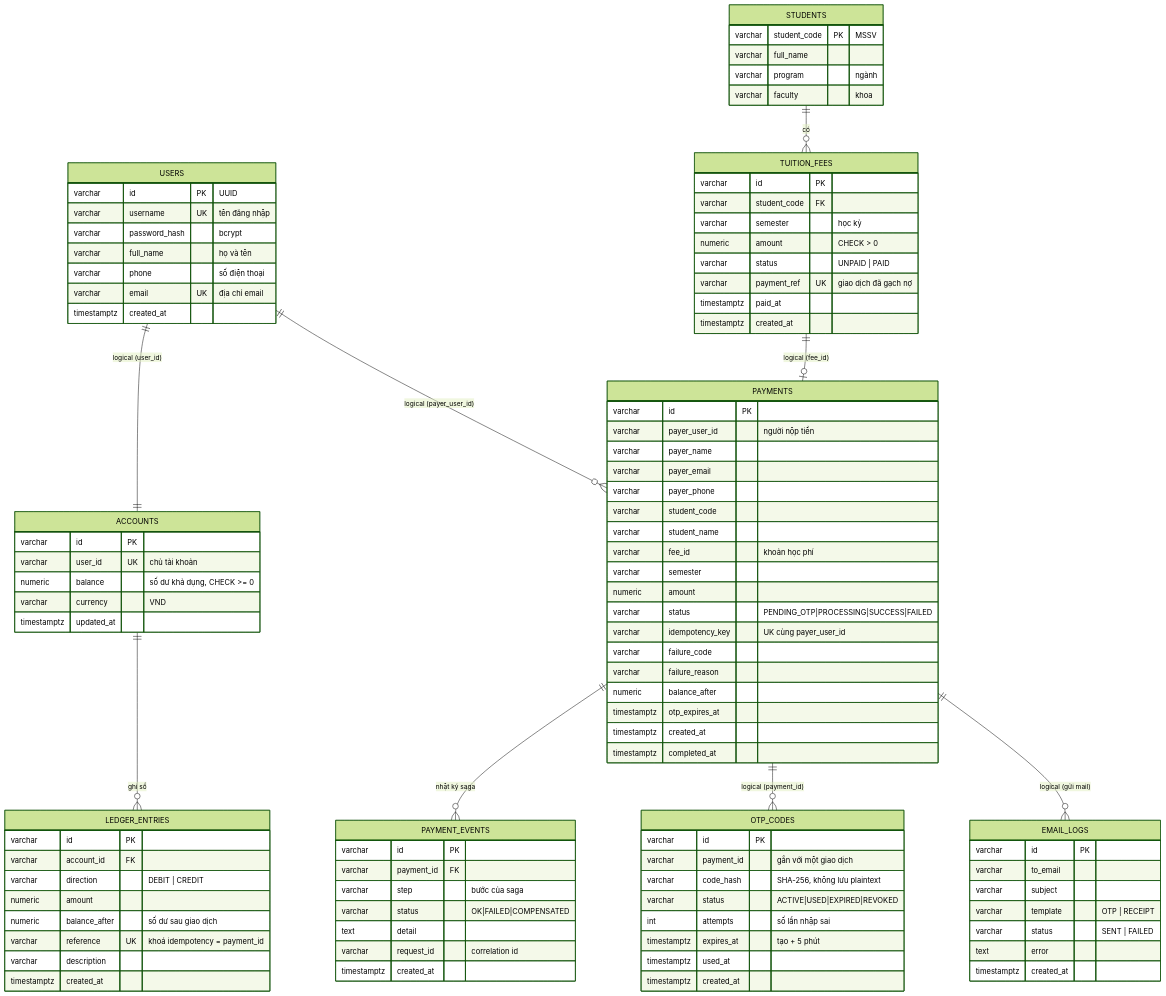
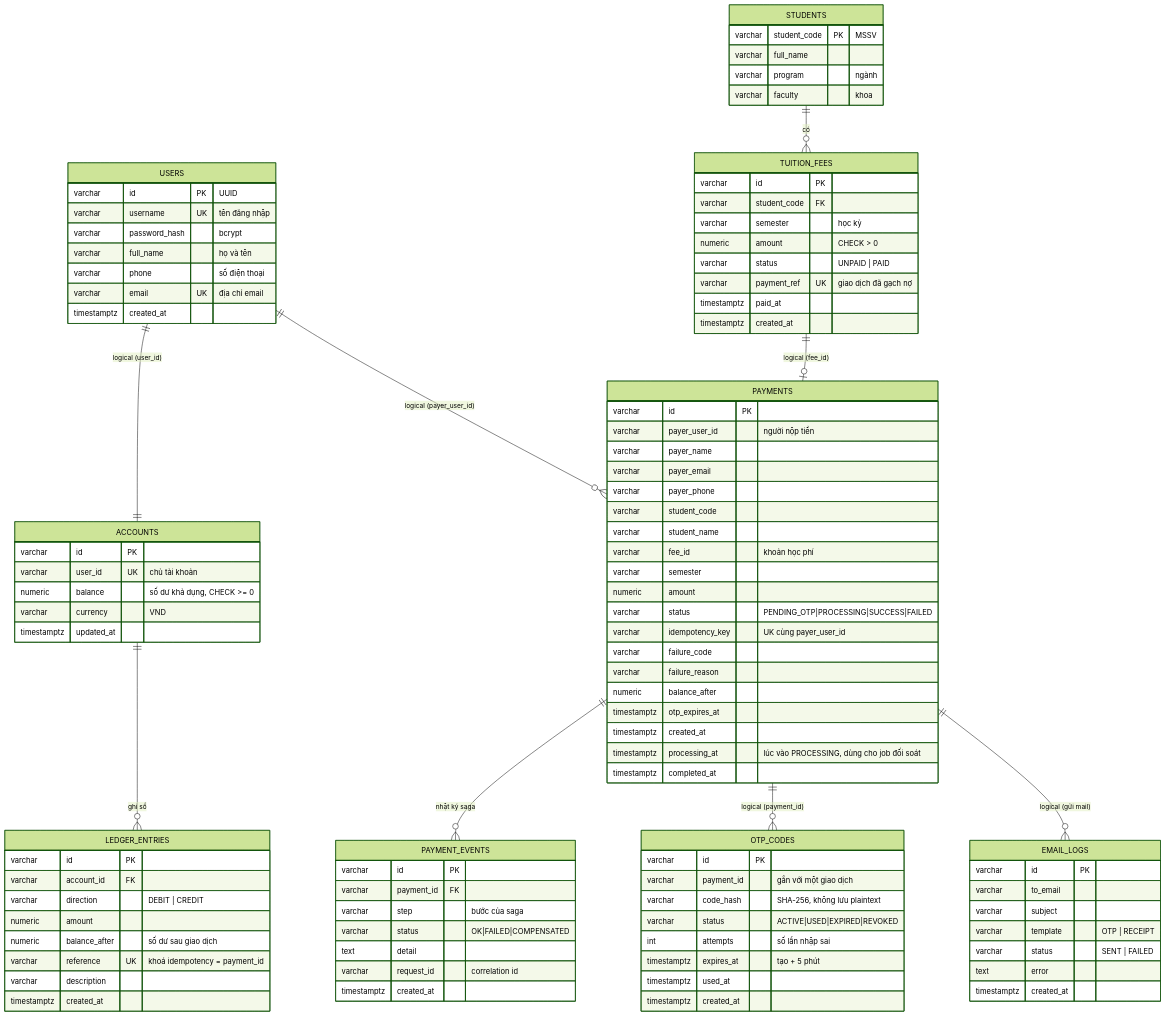
The third of 3 diagrams in docs/01-phan-tich-nghiep-vu.md (vincentminhkarma/soa-ibanking-hoc-phi), drawn with Mermaid (forest theme) before and after one commit. The commit also changed other lines of this file and 81 other files, not shown here.

First line of the commit message:
Bổ sung đối soát, tracing, unit test và vá 2 lỗi nâng cấp/idempotency

```diff
--- a/docs/01-phan-tich-nghiep-vu.md
+++ b/docs/01-phan-tich-nghiep-vu.md
@@ -190,6 +192,7 @@
         numeric balance_after
         timestamptz otp_expires_at
         timestamptz created_at
+        timestamptz processing_at "lúc vào PROCESSING, dùng cho job đối soát"
         timestamptz completed_at
     }
     PAYMENT_EVENTS {
```
